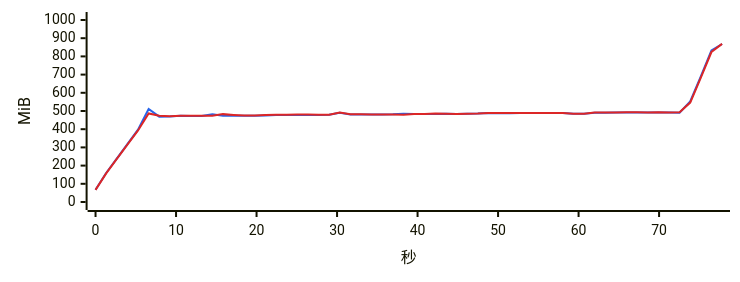
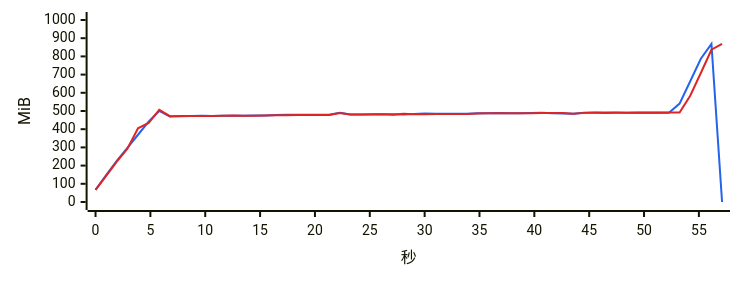
One commit to 334456777/WeFlow changed the second of 17 diagrams in bench/v2.0.0/summary.md. Above: the diagram before and after it, drawn with Mermaid. The commit also changed other lines of this file and 3 other files, not shown here.

````diff
--- a/bench/v2.0.0/summary.md
+++ b/bench/v2.0.0/summary.md
@@ -301,8 +298,8 @@
 ```mermaid
 %%{init: {"xyChart": {"width": 720, "height": 260}, "themeVariables": {"xyChart": {"plotColorPalette": "#2563eb, #dc2626"}}}}%%
 xychart-beta
-    x-axis "秒" 0 --> 77.824
+    x-axis "秒" 0 --> 57.113
     y-axis "MiB" 0 --> 1000
-    line [67.4, 159.3, 238.4, 318.0, 397.6, 511.3, 469.0, 470.4, 473.3, 472.5, 472.9, 481.7, 473.4, 474.5, 474.3, 474.3, 475.9, 477.4, 478.6, 478.5, 478.7, 478.7, 479.3, 490.4, 480.9, 480.7, 481.4, 481.0, 481.5, 485.3, 483.8, 483.8, 483.6, 485.2, 483.5, 484.4, 485.6, 488.9, 488.1, 487.5, 488.6, 488.5, 488.8, 489.1, 489.4, 485.3, 485.4, 490.9, 490.8, 491.4, 492.1, 491.3, 492.1, 492.0, 492.0, 490.7, 552.8, 690.8, 833.2, 868.2]
-    line [66.6, 157.3, 236.8, 315.2, 393.3, 486.4, 473.9, 470.9, 473.7, 473.7, 474.4, 473.4, 482.8, 478.2, 474.6, 475.5, 477.6, 479.8, 478.9, 480.6, 480.6, 479.9, 480.0, 491.2, 481.7, 481.6, 481.2, 481.2, 481.4, 479.4, 483.3, 484.0, 486.0, 484.5, 484.2, 484.8, 485.6, 488.8, 488.5, 488.6, 489.5, 488.9, 489.0, 489.6, 489.2, 484.8, 485.4, 491.6, 491.4, 491.3, 493.1, 492.9, 492.1, 492.6, 491.6, 492.8, 546.3, 683.6, 824.2, 869.0]
+    line [66.7, 148.1, 226.2, 297.0, 369.5, 442.0, 500.2, 470.0, 472.0, 472.1, 473.3, 473.1, 474.5, 473.9, 473.9, 475.0, 475.4, 478.2, 478.8, 479.2, 478.9, 478.9, 478.9, 490.2, 480.2, 480.4, 482.0, 482.0, 482.5, 481.3, 483.1, 486.5, 484.8, 484.9, 484.6, 485.5, 487.7, 487.4, 489.0, 488.3, 488.3, 488.9, 490.1, 488.0, 486.7, 485.3, 489.8, 491.3, 491.3, 492.2, 491.0, 491.7, 490.9, 492.1, 490.5, 540.6, 663.6, 787.1, 868.4, 0.0]
+    line [67.0, 144.0, 222.0, 292.7, 405.0, 434.4, 506.6, 471.7, 471.2, 471.9, 472.5, 472.1, 474.4, 475.5, 474.2, 474.2, 475.1, 476.2, 477.3, 478.2, 478.0, 478.4, 478.4, 489.3, 480.5, 480.6, 480.5, 481.6, 479.5, 484.3, 481.9, 482.7, 484.0, 483.9, 483.6, 483.7, 486.5, 487.6, 488.3, 487.9, 488.2, 487.7, 488.8, 488.4, 488.7, 485.1, 489.7, 490.5, 489.2, 490.2, 490.7, 490.0, 491.2, 490.6, 491.8, 491.4, 583.8, 708.6, 836.7, 868.6]
 ```
````
